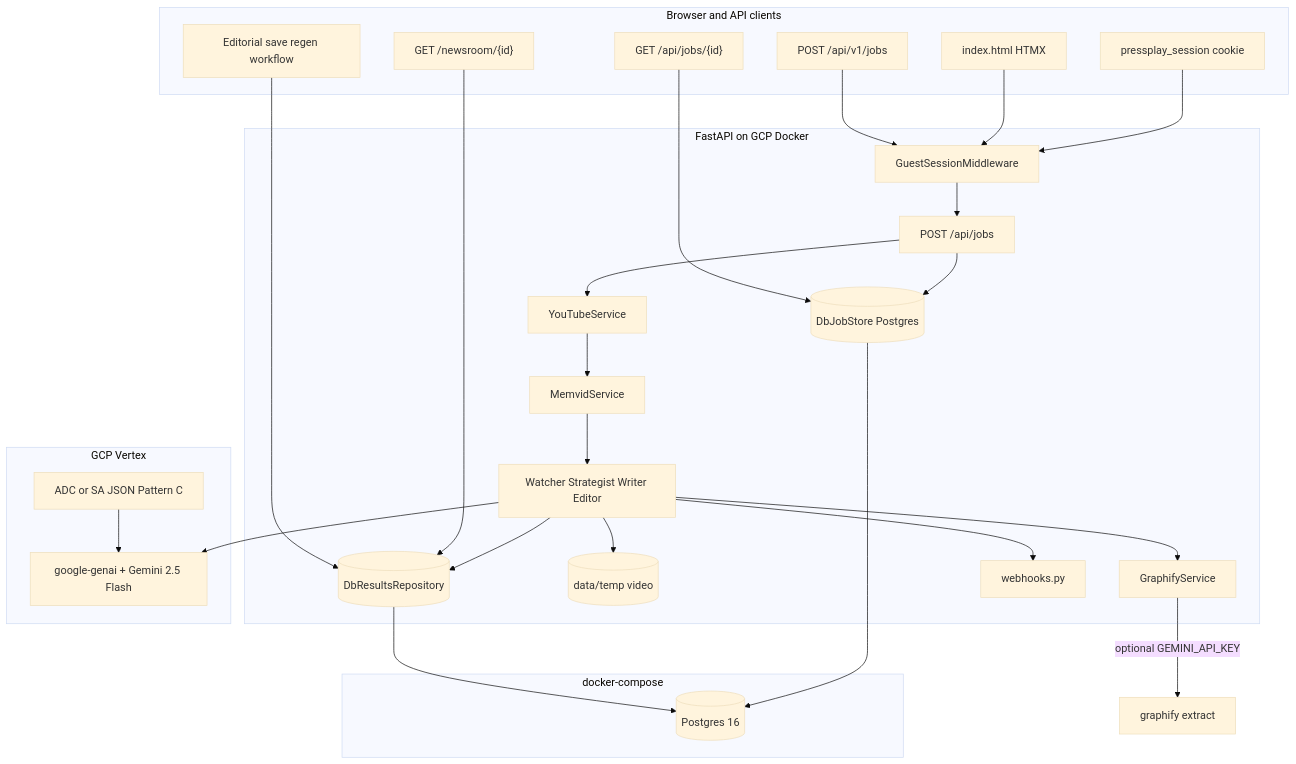
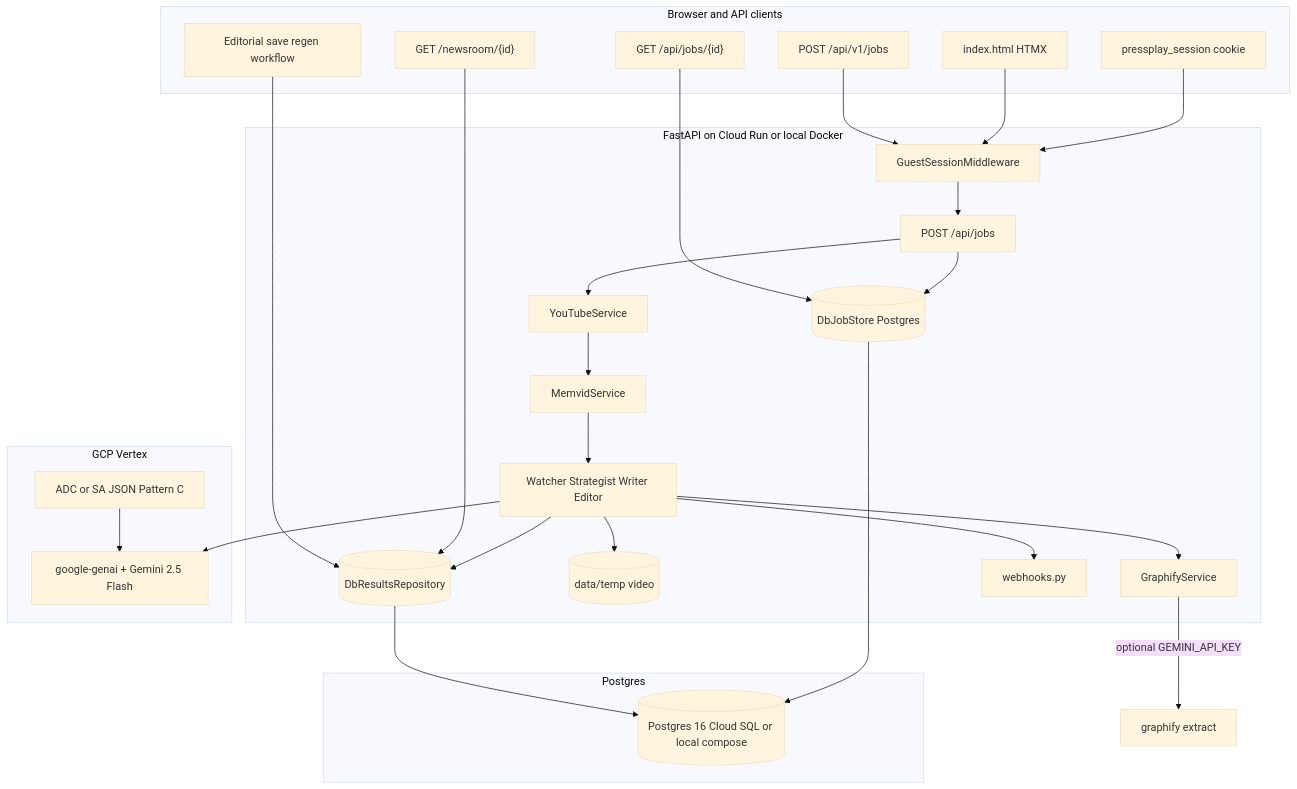
Before and after one commit to sethum-VS/PressPlay: the diagram in Project Specification.md, drawn with Mermaid (base theme). The commit also changed other lines of this file and 12 other files, not shown here.

````diff
--- a/Project Specification.md
+++ b/Project Specification.md
@@ -103,51 +107,51 @@
 ```mermaid
 flowchart TB
   subgraph client [Browser and API clients]
     UI[index.html HTMX]
     Cookie[pressplay_session cookie]
     V1["POST /api/v1/jobs"]
     Poll["GET /api/jobs/{id}"]
     Result["GET /newsroom/{id}"]
     Edit[Editorial save regen workflow]
   end
 
-  subgraph api [FastAPI on GCP Docker]
+  subgraph api [FastAPI on Cloud Run or local Docker]
     MW[GuestSessionMiddleware]
     POST["POST /api/jobs"]
     JobRepo[(DbJobStore Postgres)]
     KitRepo[(DbResultsRepository)]
     TempDisk[(data/temp video)]
     YT[YouTubeService]
     MV[MemvidService]
     ORCH[Watcher Strategist Writer Editor]
     GF[GraphifyService]
     WH[webhooks.py]
   end
 
-  subgraph data [docker-compose]
-    PG[(Postgres 16)]
+  subgraph data [Postgres]
+    PG[(Postgres 16 Cloud SQL or local compose)]
   end
 
   subgraph gcp [GCP Vertex]
     Gemini[google-genai + Gemini 2.5 Flash]
     ADC[ADC or SA JSON Pattern C]
   end
 
   Cookie --> MW
   UI --> MW
   V1 --> MW
   MW --> POST
   POST --> JobRepo
   POST --> YT --> MV --> ORCH --> GF
   ORCH --> Gemini
   ADC --> Gemini
   GF -->|optional GEMINI_API_KEY| GraphifyCLI[graphify extract]
   Poll --> JobRepo
   ORCH --> KitRepo
   ORCH --> TempDisk
   ORCH --> WH
   Result --> KitRepo
   Edit --> KitRepo
   JobRepo --> PG
   KitRepo --> PG
 ```
````
